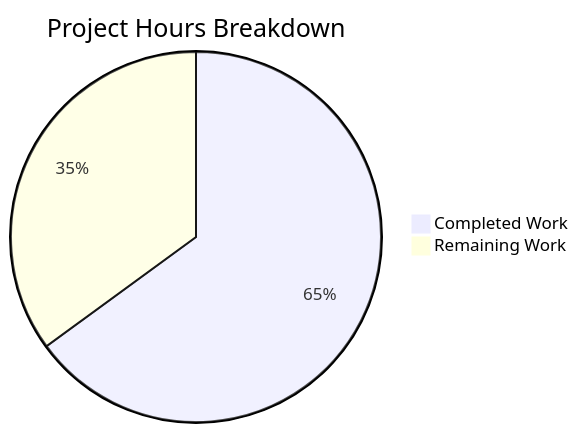
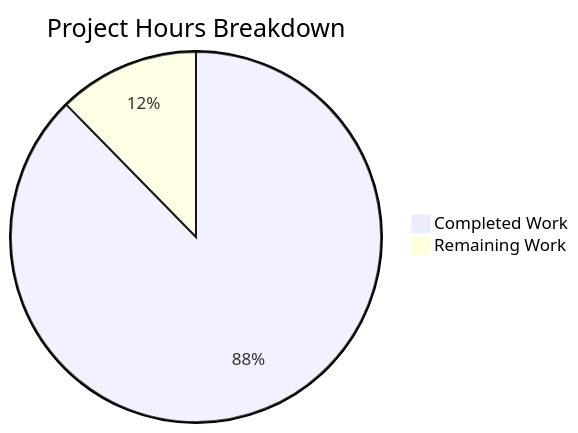
Before and after one commit to blitzy-public-samples/blitzy-triton: the second of 2 diagrams in blitzy/documentation/Project Guide.md, drawn with Mermaid. The commit also changed other lines of this file, not shown here.

Commit message:
Adding Blitzy Project Guide: Project Status and Human Tasks Remaining

````diff
--- a/blitzy/documentation/Project Guide.md
+++ b/blitzy/documentation/Project Guide.md
@@ -114,5 +234,5 @@
 ```mermaid
 pie title Project Hours Breakdown
-    "Completed Work" : 430
-    "Remaining Work" : 232
+    "Completed Work" : 270
+    "Remaining Work" : 38
 ```
````
